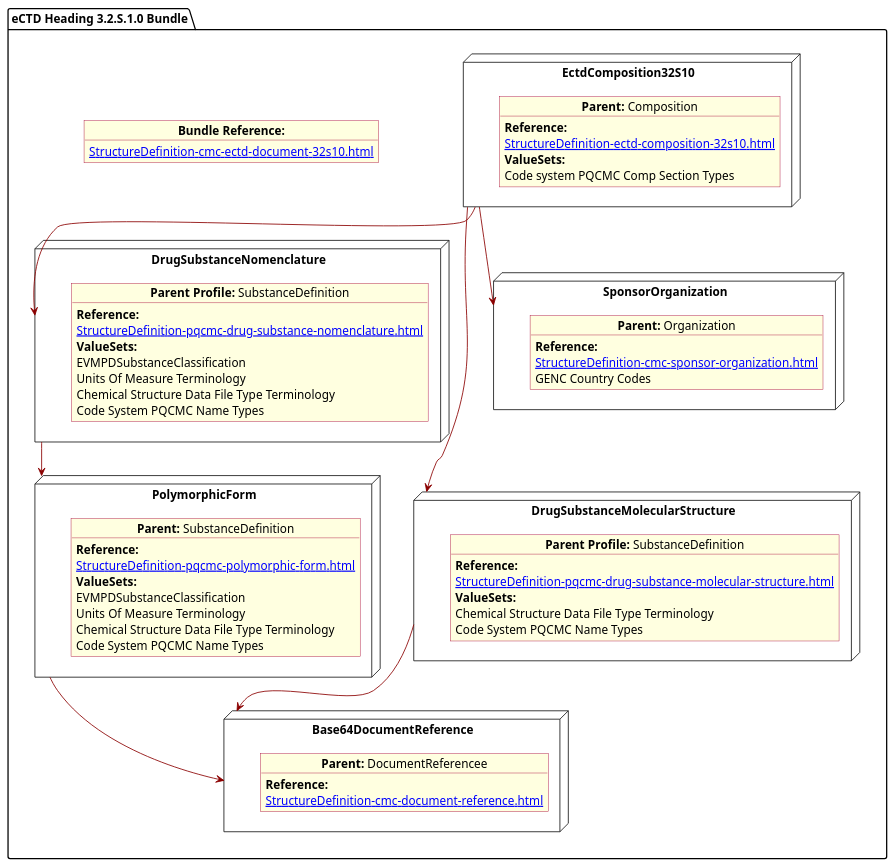
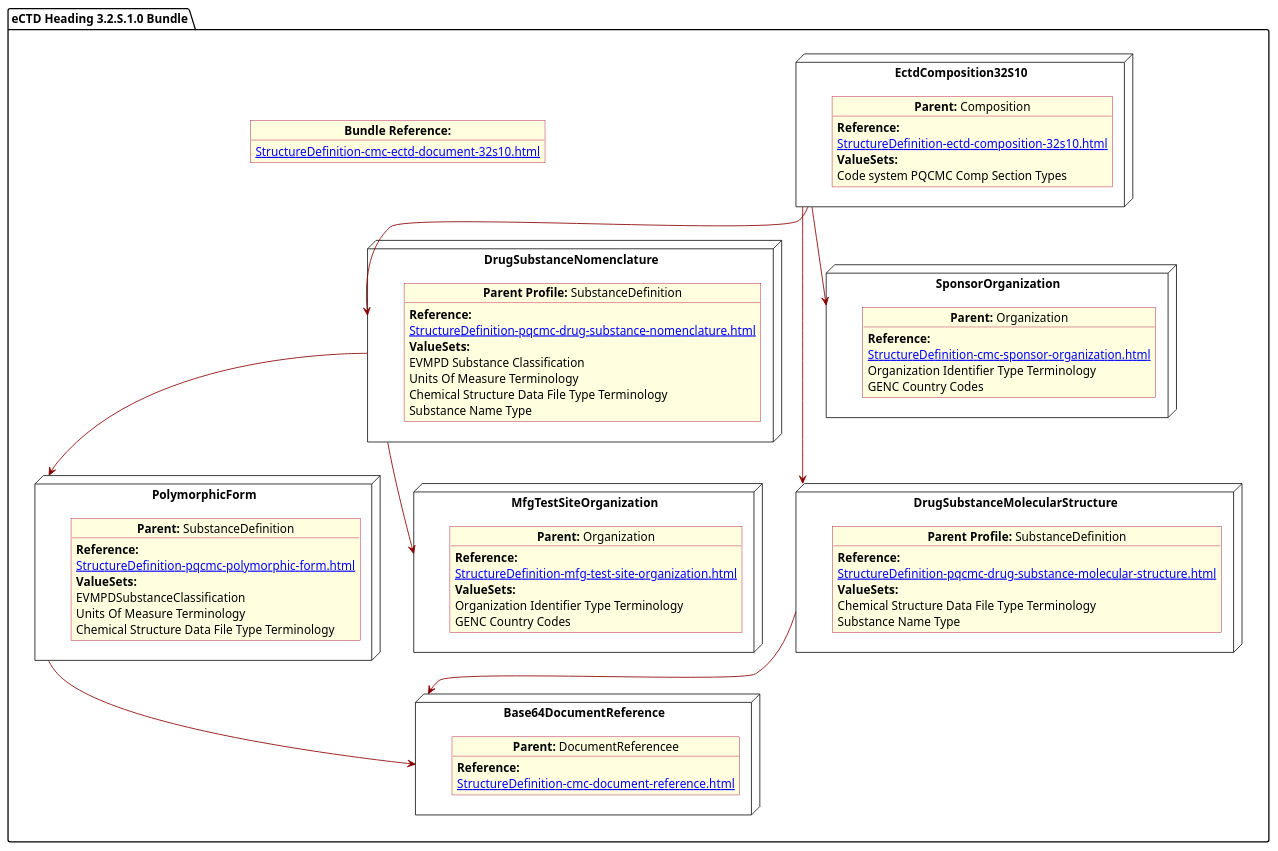
One commit to HL7/FHIR-us-pq-cmc-fda changed the diagram in input/images-source/SubstanceGeneral.plantuml. Above: the diagram before and after it, drawn with PlantUML. The commit also changed 41 other files, not shown here.

Commit message:
PlantUML and specifcation

```diff
--- a/input/images-source/SubstanceGeneral.plantuml
+++ b/input/images-source/SubstanceGeneral.plantuml
@@ -1,76 +1,98 @@
 @startuml SubstanceGeneral
 allowmixing
 'Mixed model of use case and object
 skinparam svgDimensionStyle false
 skinparam ObjectBackgroundColor LightYellow
 skinparam ObjectBorderColor #A80036
 skinparam activityDiamondBorderColor #A80036
 skinparam activityDiamondBackgroundColor lawnGreen
 skinparam ClassBorderThickness 4
 
 package "eCTD Heading 3.2.S.1.0 Bundle" as NODES {
-object "**Bundle Reference:**" as objbun {
-              [[StructureDefinition-cmc-ectd-document-32s10.html]]
-    }  
-  node "DrugSubstanceNomenclature" as NN { 
-      object "**Parent Profile:** SubstanceDefinition" as obj3 {
-          **Reference:**
+  object "**Bundle Reference:**" as objbun {
+    [[StructureDefinition-cmc-ectd-document-32s10.html]]
+  }
+
+  node "DrugSubstanceNomenclature" as NN {
+
+    object "**Parent Profile:** SubstanceDefinition" as obj3 {
+      **Reference:**
       [[StructureDefinition-pqcmc-drug-substance-nomenclature.html]]
-        **ValueSets:**
-        EVMPDSubstanceClassification
-        Units Of Measure Terminology
-        Chemical Structure Data File Type Terminology
-        Code System PQCMC Name Types 
-      }  
-}
-  node "DrugSubstanceMolecularStructure" as N21 { 
-      object "**Parent Profile:** SubstanceDefinition" as obj22 {
-          **Reference:**
+      **ValueSets:**
+      EVMPD Substance Classification
+      Units Of Measure Terminology
+      Chemical Structure Data File Type Terminology
+      Substance Name Type
+    }
+  }
+  node "DrugSubstanceMolecularStructure" as N21 {
+
+    object "**Parent Profile:** SubstanceDefinition" as obj22 {
+      **Reference:**
       [[StructureDefinition-pqcmc-drug-substance-molecular-structure.html]]
-        **ValueSets:**
-        Chemical Structure Data File Type Terminology
-        Code System PQCMC Name Types
+      **ValueSets:**
+      Chemical Structure Data File Type Terminology
+      Substance Name Type
     }
-}
-node "Base64DocumentReference" as NB64 { 
-      object "**Parent:** DocumentReferencee"  as obj64 {  
-            **Reference:**
+  }
+  node "Base64DocumentReference" as NB64 {
+
+    object "**Parent:** DocumentReferencee"  as obj64 {
+      **Reference:**
       [[StructureDefinition-cmc-document-reference.html]]
-}
-}
-  node "EctdComposition32S10" as N1 { 
-      object "**Parent:** Composition" as obj1 {
-            **Reference:**
+    }
+  }
+  node "EctdComposition32S10" as N1 {
+
+    object "**Parent:** Composition" as obj1 {
+      **Reference:**
       [[StructureDefinition-ectd-composition-32s10.html]]
       **ValueSets:**
-  Code system PQCMC Comp Section Types
-    }    
-}
-node "PolymorphicForm" as N2 { 
-      object "**Parent:** SubstanceDefinition" as obj2 {
-          **Reference:**
+      Code system PQCMC Comp Section Types
+    }
+
+  }
+  node "PolymorphicForm" as N2 {
+
+    object "**Parent:** SubstanceDefinition" as obj2 {
+      **Reference:**
       [[StructureDefinition-pqcmc-polymorphic-form.html]]
-        **ValueSets:**
-        EVMPDSubstanceClassification
-        Units Of Measure Terminology
-        Chemical Structure Data File Type Terminology
-        Code System PQCMC Name Types
-    }    
-}
- node "SponsorOrganization" as NSO { 
-      object "**Parent:** Organization" as objAu {
-    **Reference:**
+      **ValueSets:**
+      EVMPDSubstanceClassification
+      Units Of Measure Terminology
+      Chemical Structure Data File Type Terminology
+
+    }
+
+  }
+  node "SponsorOrganization" as NSO {
+
+    object "**Parent:** Organization" as objAu {
+      **Reference:**
       [[StructureDefinition-cmc-sponsor-organization.html]]
-        GENC Country Codes
+      Organization Identifier Type Terminology
+
+      GENC Country Codes
     }
-} 
+  }
 
+  node "MfgTestSiteOrganization" as N21mfg {
 
-N1 -[#darkred]-> N21
-N1 -[#darkred]-> NN
-NN -[#darkred]-> N2
-N2 -[#darkred]-> NB64
-N21 -[#darkred]-> NB64
-N1 -[#darkred]-> NSO
+    object "**Parent:** Organization" as objTS  {
+      **Reference:**
+      [[StructureDefinition-mfg-test-site-organization.html]]
+      **ValueSets:**
+      Organization Identifier Type Terminology
+      GENC Country Codes
+    }
+  }
+
+  N1 -[#darkred]-> N21
+  N1 -[#darkred]-> NN
+  NN -[#darkred]-> N2
+  N2 -[#darkred]-> NB64
+  N21 -[#darkred]-> NB64
+  N1 -[#darkred]-> NSO
+  NN -[#darkred]-> N21mfg
 }
 @enduml
```
